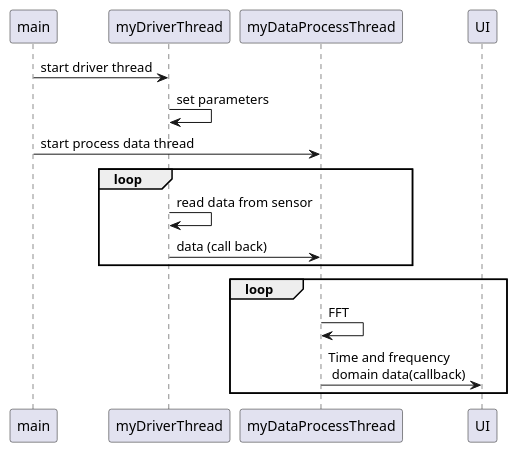
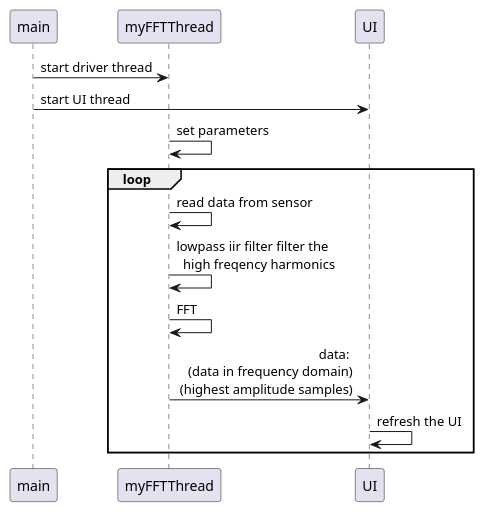
The diagram in files/dataProcSequenceDiagram.md (LancerMar/GuitarTuner), drawn with PlantUML before and after one commit. The commit also changed 3 other files, not shown here.

```diff
--- a/files/dataProcSequenceDiagram.md
+++ b/files/dataProcSequenceDiagram.md
@@ -1,17 +1,15 @@
 @startuml
-
-main -> myDriverThread : start driver thread
-myDriverThread -> myDriverThread : set parameters
-main -> myDataProcessThread : start process data thread
+main -> myFFTThread : start driver thread
+main -> UI : start UI thread
+myFFTThread -> myFFTThread : set parameters
 
 loop
-    myDriverThread -> myDriverThread : read data from sensor
-    myDriverThread -> myDataProcessThread : data (call back)
+    myFFTThread -> myFFTThread : read data from sensor
+    myFFTThread -> myFFTThread : lowpass iir filter filter the  \r high freqency harmonics 
+    myFFTThread -> myFFTThread : FFT
+    myFFTThread -> UI : data: \r (data in frequency domain)\r (highest amplitude samples)
+    UI-> UI: refresh the UI
 end
 
-loop
-myDataProcessThread -> myDataProcessThread : FFT
-myDataProcessThread -> UI : Time and frequency \n domain data(callback)
-end
 
 @enduml
```
